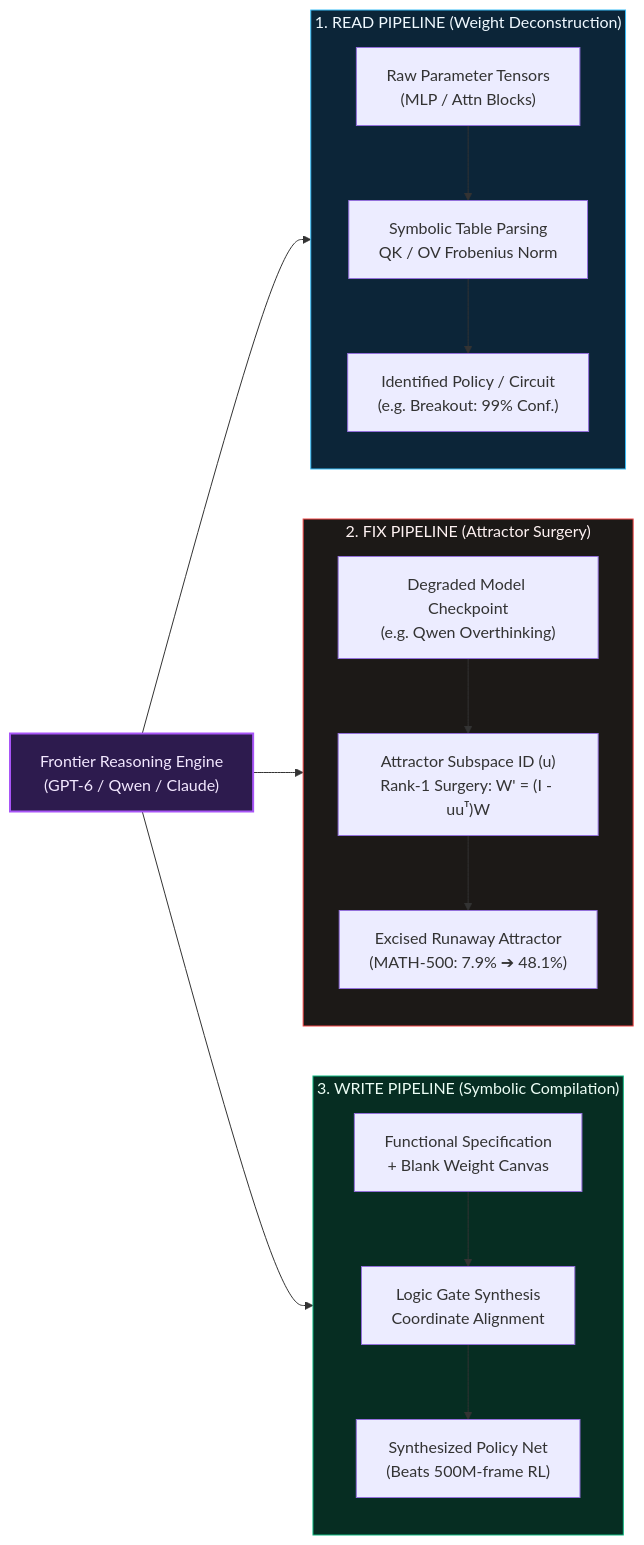
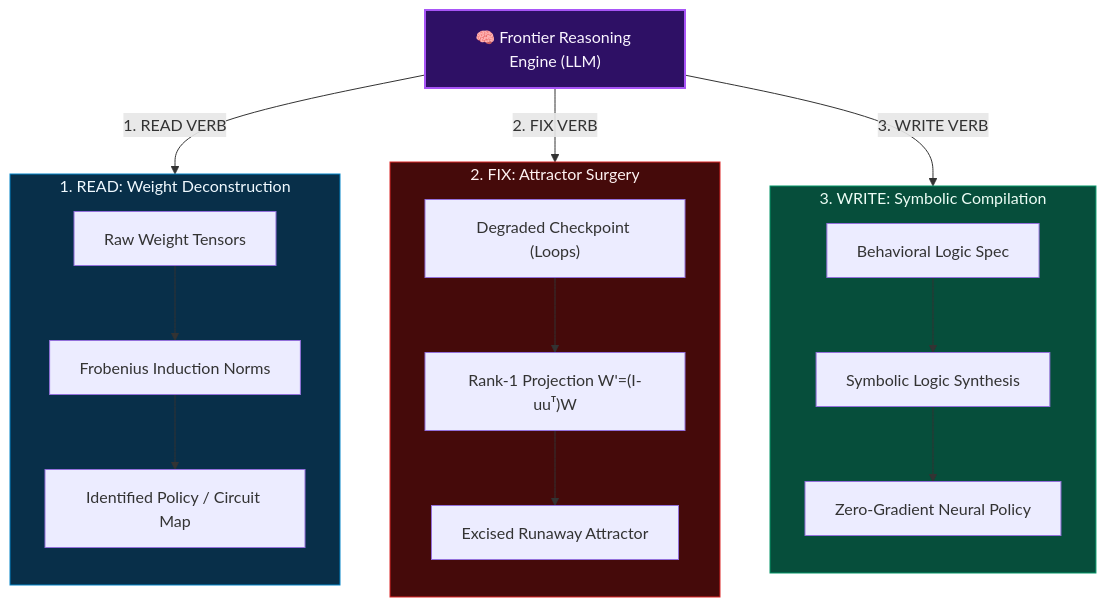
Before and after one commit to Hunterdii/weight-space-programming-explained: the second of 4 diagrams in README.md, drawn with Mermaid. The commit also changed other lines of this file and 1 other file, not shown here.

Commit message:
docs: redesign Mermaid diagrams for crystal clarity and embed high-res architecture infographic

````diff
--- a/README.md
+++ b/README.md
@@ -224,31 +219,28 @@
 ```mermaid
-flowchart LR
-    LLM["Frontier Reasoning Engine<br>(GPT-6 / Qwen / Claude)"]
+flowchart TD
+    LLM["🧠 Frontier Reasoning Engine (LLM)"]
 
-    subgraph READ_PIPE["1. READ PIPELINE (Weight Deconstruction)"]
+    LLM -->|"1. READ VERB"| R_PIPE
+    LLM -->|"2. FIX VERB"| F_PIPE
+    LLM -->|"3. WRITE VERB"| W_PIPE
+
+    subgraph R_PIPE["1. READ: Weight Deconstruction"]
         direction TB
-        R_in["Raw Parameter Tensors<br>(MLP / Attn Blocks)"] --> R_op["Symbolic Table Parsing<br>QK / OV Frobenius Norm"]
-        R_op --> R_out["Identified Policy / Circuit<br>(e.g. Breakout: 99% Conf.)"]
+        R1["Raw Weight Tensors"] --> R2["Frobenius Induction Norms"] --> R3["Identified Policy / Circuit Map"]
     end
 
-    subgraph FIX_PIPE["2. FIX PIPELINE (Attractor Surgery)"]
+    subgraph F_PIPE["2. FIX: Attractor Surgery"]
         direction TB
-        F_in["Degraded Model Checkpoint<br>(e.g. Qwen Overthinking)"] --> F_op["Attractor Subspace ID (u)<br>Rank-1 Surgery: W' = (I - uuᵀ)W"]
-        F_op --> F_out["Excised Runaway Attractor<br>(MATH-500: 7.9% ➔ 48.1%)"]
+        F1["Degraded Checkpoint (Loops)"] --> F2["Rank-1 Projection W'=(I-uuᵀ)W"] --> F3["Excised Runaway Attractor"]
     end
 
-    subgraph WRITE_PIPE["3. WRITE PIPELINE (Symbolic Compilation)"]
+    subgraph W_PIPE["3. WRITE: Symbolic Compilation"]
         direction TB
-        W_in["Functional Specification<br>+ Blank Weight Canvas"] --> W_op["Logic Gate Synthesis<br>Coordinate Alignment"]
-        W_op --> W_out["Synthesized Policy Net<br>(Beats 500M-frame RL)"]
+        W1["Behavioral Logic Spec"] --> W2["Symbolic Logic Synthesis"] --> W3["Zero-Gradient Neural Policy"]
     end
 
-    LLM --> READ_PIPE
-    LLM --> FIX_PIPE
-    LLM --> WRITE_PIPE
-
-    style LLM fill:#2d1b4e,stroke:#a855f7,stroke-width:2px,color:#f3e8ff
-    style READ_PIPE fill:#0c2538,stroke:#38bdf8,stroke-width:1px,color:#f0f9ff
-    style FIX_PIPE fill:#1c1917,stroke:#ef4444,stroke-width:1px,color:#fef2f2
-    style WRITE_PIPE fill:#062d22,stroke:#10b981,stroke-width:1px,color:#ecfdf5
+    style LLM fill:#2e1065,stroke:#a855f7,stroke-width:2px,color:#faf5ff
+    style R_PIPE fill:#082f49,stroke:#0284c7,stroke-width:1px,color:#f0f9ff
+    style F_PIPE fill:#450a0a,stroke:#dc2626,stroke-width:1px,color:#fef2f2
+    style W_PIPE fill:#064e3b,stroke:#059669,stroke-width:1px,color:#ecfdf5
 ```
````
